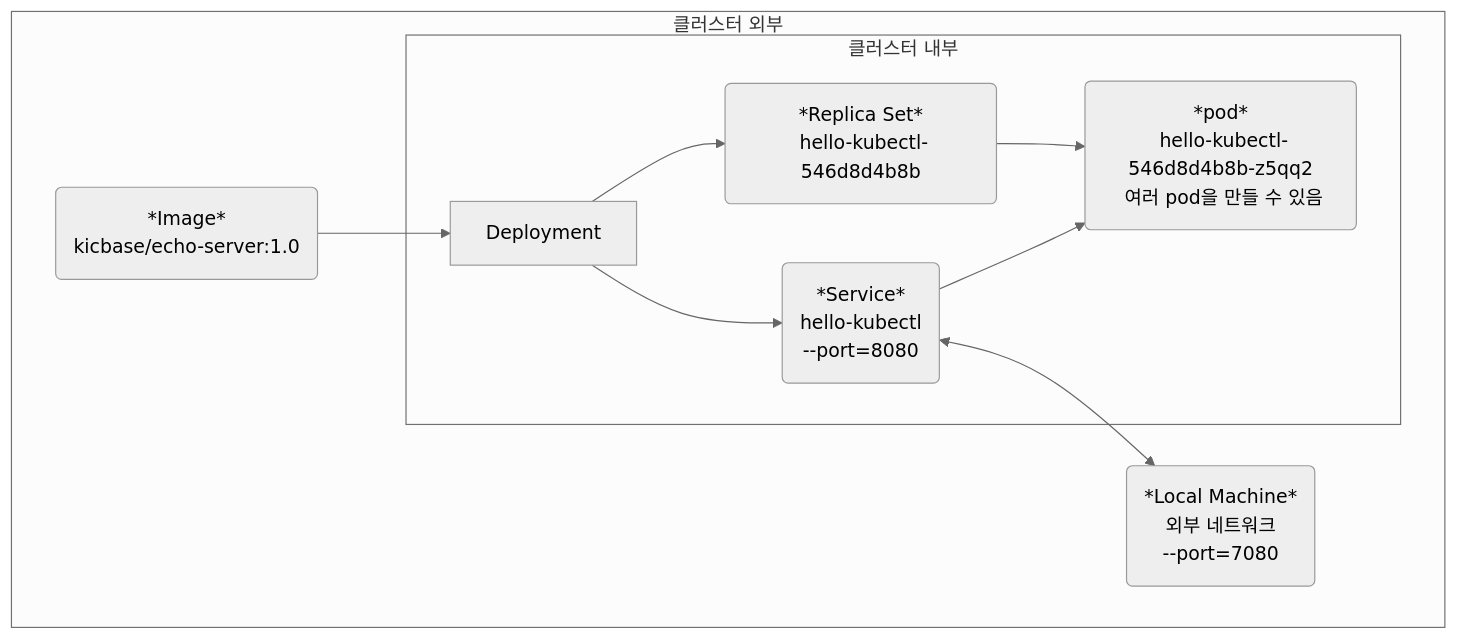
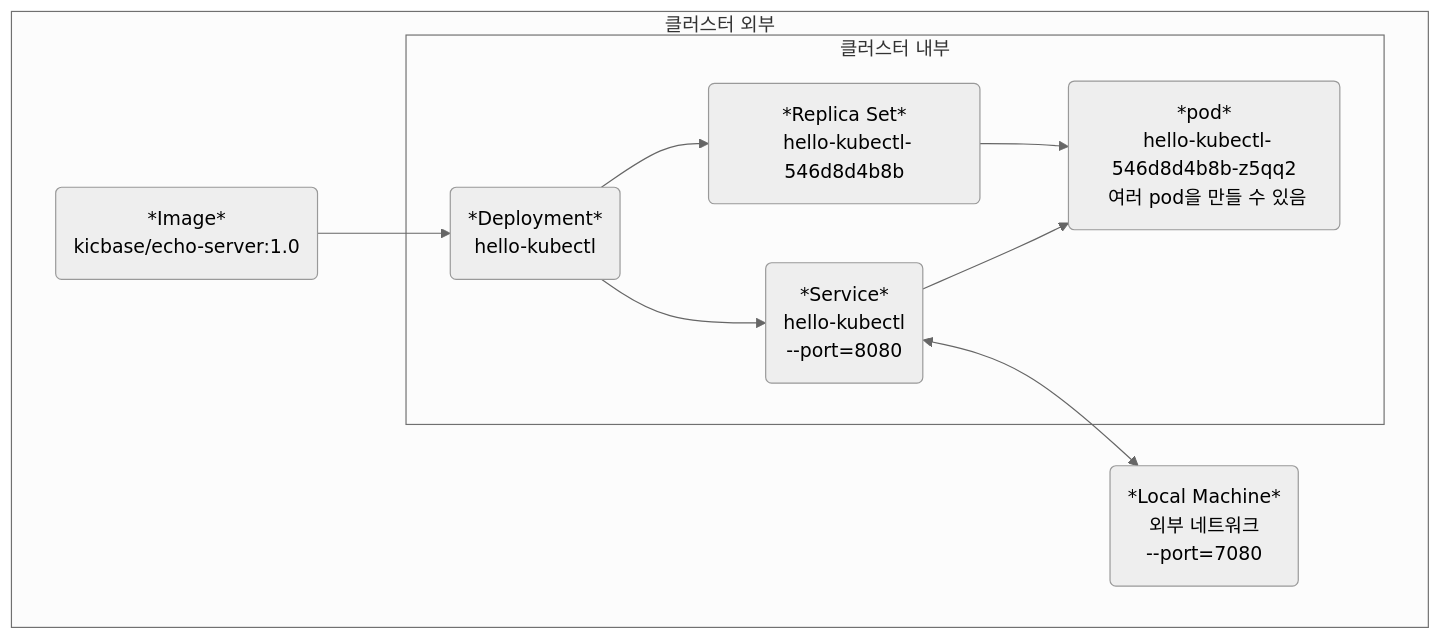
One commit to damhyeong/minikube-to-kube changed the diagram in 1_Get-Started!/1_Service.md. Above: the diagram before and after it, drawn with Mermaid (neutral theme). The commit also changed other lines of this file and 2 other files, not shown here.

````diff
--- a/1_Get-Started!/1_Service.md
+++ b/1_Get-Started!/1_Service.md
@@ -171,14 +173,14 @@
 ```mermaid
 graph TD;
     subgraph 클러스터 외부
-        Image(*Image*\n kicbase/echo-server:1.0) --> Deployment
+        Image(*Image*\n kicbase/echo-server:1.0) --> Deployment(*Deployment*\n hello-kubectl)
         subgraph 클러스터 내부
             Deployment --> ReplicaSet(*Replica Set*\n hello-kubectl-546d8d4b8b)
             ReplicaSet --> Pod(*pod*\n hello-kubectl-546d8d4b8b-z5qq2\n 여러 pod을 만들 수 있음)
             Deployment --> Service(*Service*\n hello-kubectl\n --port=8080)
             Service --> Pod
         end
         Service <--> LocalMachine(*Local Machine*\n 외부 네트워크\n --port=7080)
     end
     
 ```
````
